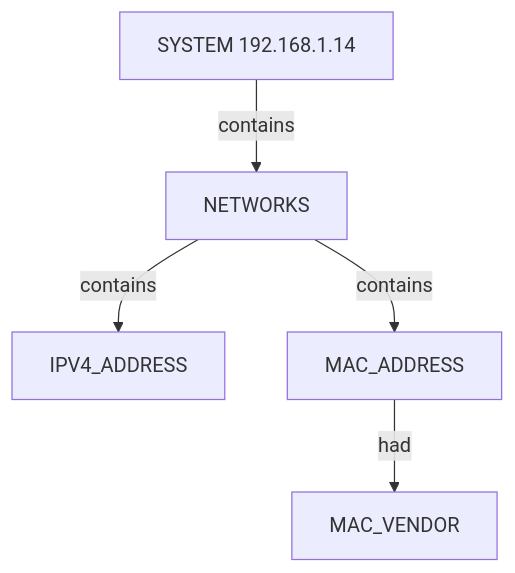
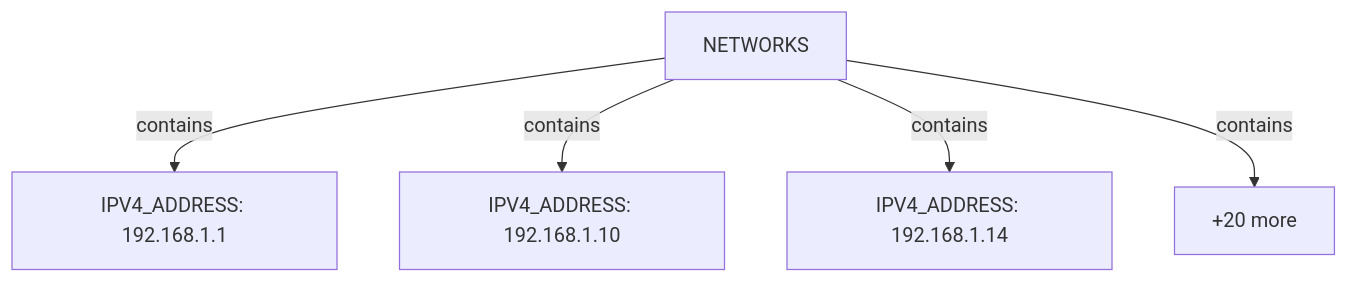
The third of 3 diagrams in .docs/docs-for-cli-tools/nugget_structure/netdiscover_passive_snippet_text_proposed_nuggets_edges_description.md (brettforbes/spiderfeet), drawn with Mermaid before and after one commit. The commit also changed other lines of this file and 31 other files, not shown here.

````diff
--- a/.docs/docs-for-cli-tools/nugget_structure/netdiscover_passive_snippet_text_proposed_nuggets_edges_description.md
+++ b/.docs/docs-for-cli-tools/nugget_structure/netdiscover_passive_snippet_text_proposed_nuggets_edges_description.md
@@ -103,12 +55,12 @@
 ```mermaid
 flowchart TD
-  system["SYSTEM 192.168.1.14"]
-  nets["NETWORKS"]
-  system -->|contains| nets
-  ip["IPV4_ADDRESS"]
-  nets -->|contains| ip
-  mac["MAC_ADDRESS"]
-  nets -->|contains| mac
-  vendor["MAC_VENDOR"]
-  mac -->|had| vendor
+  networks_1["NETWORKS"]
+  ipv4_address_2["IPV4_ADDRESS: 192.168.1.1"]
+  networks_1 -->|contains| ipv4_address_2
+  ipv4_address_3["IPV4_ADDRESS: 192.168.1.10"]
+  networks_1 -->|contains| ipv4_address_3
+  ipv4_address_4["IPV4_ADDRESS: 192.168.1.14"]
+  networks_1 -->|contains| ipv4_address_4
+  more_5["+20 more"]
+  networks_1 -->|contains| more_5
 ```
````
